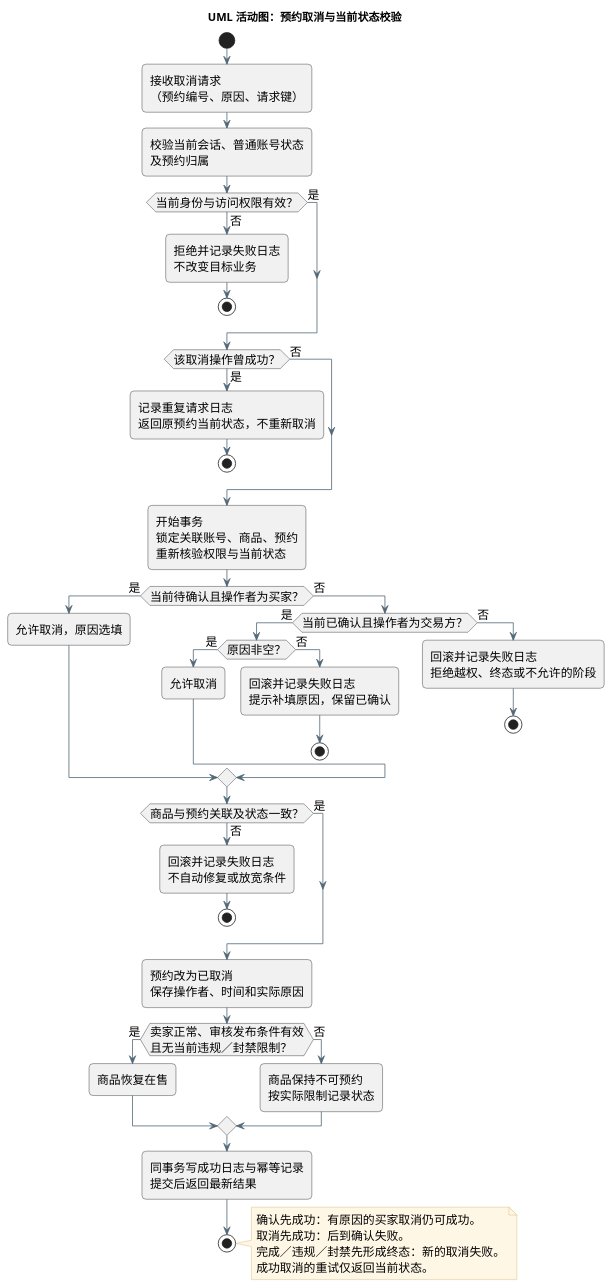
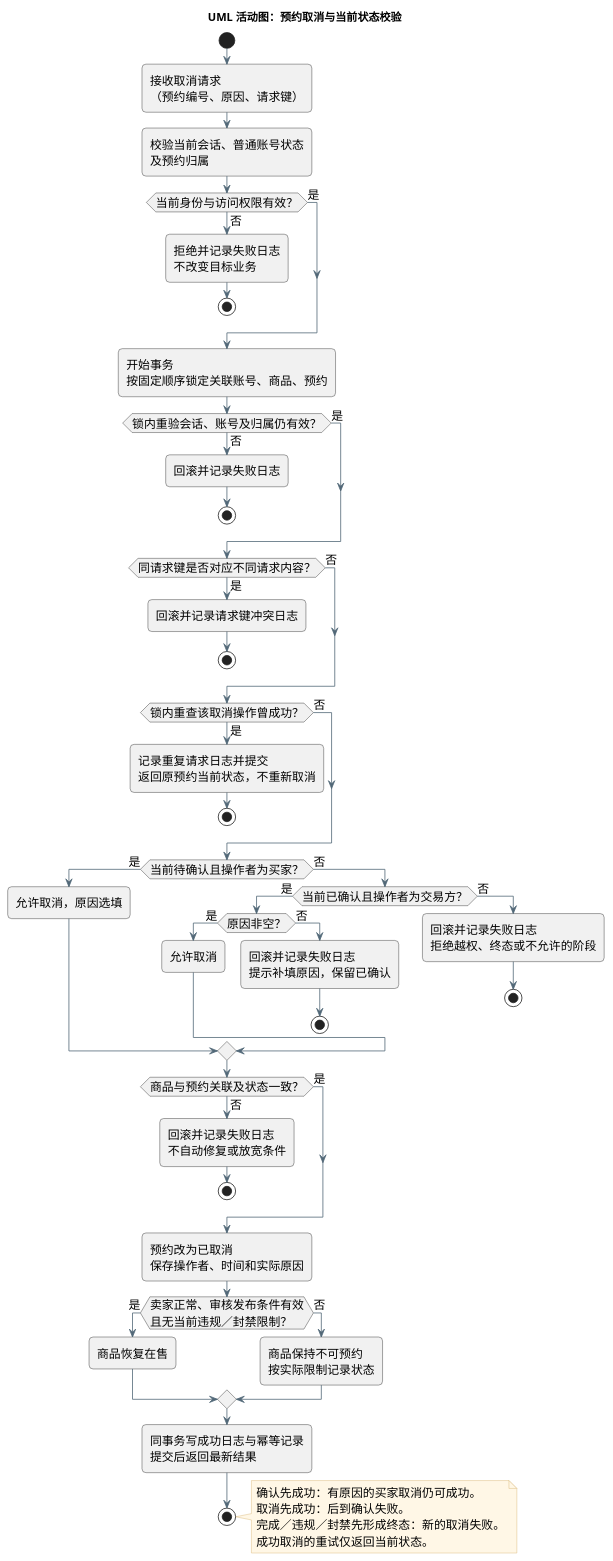
Before and after one commit to hqzhao-debug/software-engineering-lab1: the diagram in lab2/UML/UML预约活动图.puml, drawn with PlantUML. The commit also changed 45 other files, not shown here.

```diff
--- a/lab2/UML/UML预约活动图.puml
+++ b/lab2/UML/UML预约活动图.puml
@@ -1,81 +1,90 @@
 @startuml
 !pragma layout smetana
 skinparam backgroundColor #FFFFFF
 skinparam defaultFontName "PingFang SC"
 skinparam defaultFontSize 15
 skinparam shadowing false
 skinparam roundcorner 10
 skinparam ArrowColor #526878
 skinparam classBackgroundColor #F2F8F8
 skinparam classBorderColor #317B7D
 skinparam componentBackgroundColor #F2F8F8
 skinparam componentBorderColor #317B7D
 skinparam stateBackgroundColor #F2F8F8
 skinparam stateBorderColor #317B7D
 skinparam noteBackgroundColor #FFF7E6
 skinparam noteBorderColor #D4AD66
 skinparam linetype ortho
 hide empty members
 title UML 活动图：预约取消与当前状态校验
 start
 :接收取消请求
 （预约编号、原因、请求键）;
 :校验当前会话、普通账号状态
 及预约归属;
 if (当前身份与访问权限有效？) then (否)
   :拒绝并记录失败日志
 不改变目标业务;
   stop
 else (是)
 endif
-if (该取消操作曾成功？) then (是)
-  :记录重复请求日志
+ :开始事务
+按固定顺序锁定关联账号、商品、预约;
+if (锁内重验会话、账号及归属仍有效？) then (否)
+  :回滚并记录失败日志;
+  stop
+else (是)
+endif
+if (同请求键是否对应不同请求内容？) then (是)
+  :回滚并记录请求键冲突日志;
+  stop
+else (否)
+endif
+if (锁内重查该取消操作曾成功？) then (是)
+  :记录重复请求日志并提交
 返回原预约当前状态，不重新取消;
   stop
 else (否)
 endif
-:开始事务
-锁定关联账号、商品、预约
-重新核验权限与当前状态;
 if (当前待确认且操作者为买家？) then (是)
   :允许取消，原因选填;
 else (否)
   if (当前已确认且操作者为交易方？) then (是)
     if (原因非空？) then (是)
       :允许取消;
     else (否)
       :回滚并记录失败日志
 提示补填原因，保留已确认;
       stop
     endif
   else (否)
     :回滚并记录失败日志
 拒绝越权、终态或不允许的阶段;
     stop
   endif
 endif
 if (商品与预约关联及状态一致？) then (否)
   :回滚并记录失败日志
 不自动修复或放宽条件;
   stop
 else (是)
 endif
 :预约改为已取消
 保存操作者、时间和实际原因;
 if (卖家正常、审核发布条件有效
 且无当前违规／封禁限制？) then (是)
   :商品恢复在售;
 else (否)
   :商品保持不可预约
 按实际限制记录状态;
 endif
 :同事务写成功日志与幂等记录
 提交后返回最新结果;
 stop
 note right
   确认先成功：有原因的买家取消仍可成功。
   取消先成功：后到确认失败。
   完成／违规／封禁先形成终态：新的取消失败。
   成功取消的重试仅返回当前状态。
 end note
 @enduml
```
